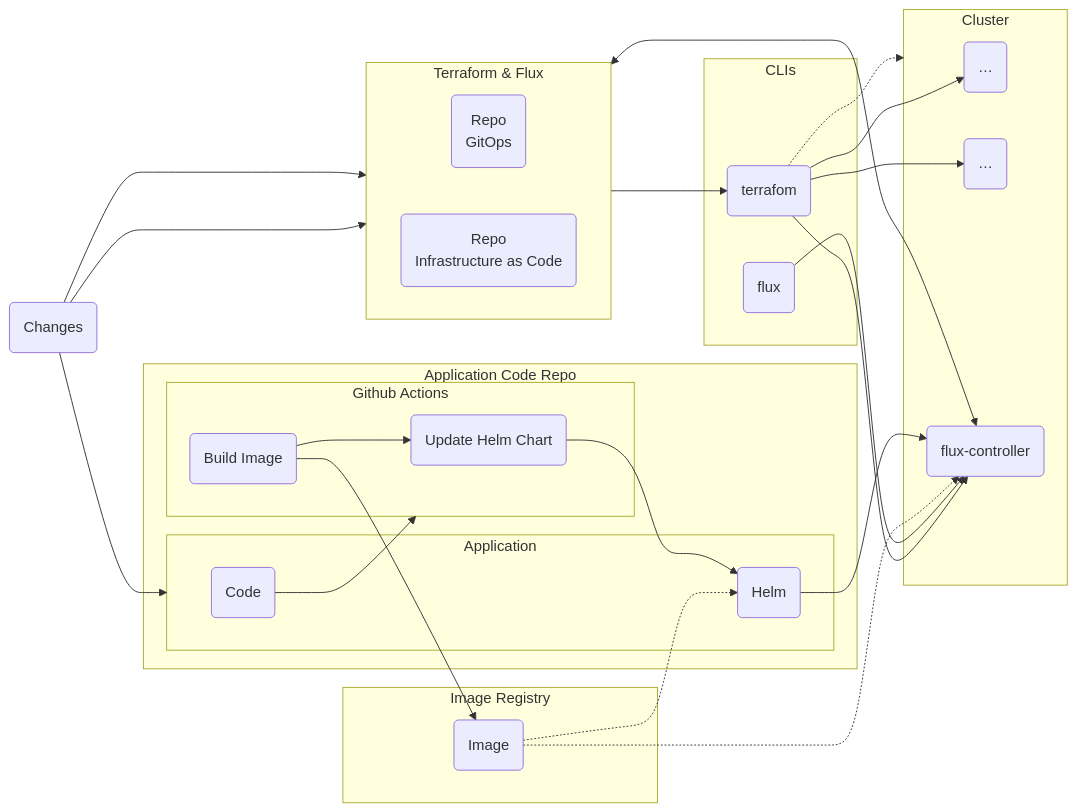
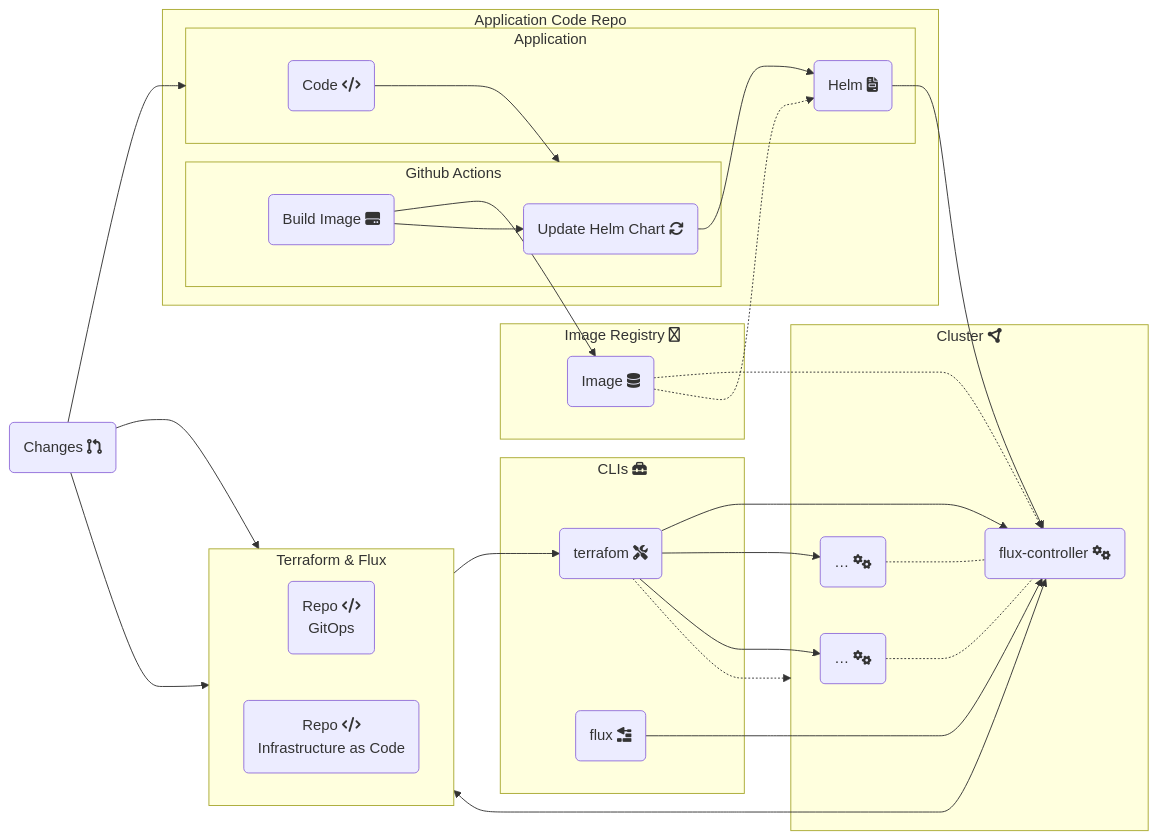
The diagram in README.md (Andygol/tf-flux), drawn with Mermaid before and after one commit.

````diff
--- a/README.md
+++ b/README.md
@@ -110,54 +110,57 @@
 ```mermaid
 
 flowchart LR
 
 subgraph ar["Application Code Repo"]
     subgraph ga["Github Actions"]
-        update_helm("Update Helm Chart")
-        build_img("Build Image")
+        update_helm("Update Helm Chart fas:fa-arrows-rotate")
+        build_img("Build Image fa:fa-hard-drive")
     end
     subgraph app["Application"]
-        code("Code")
-        hc("Helm")
+        code("Code fa:fa-code")
+        hc("Helm fa:fa-file-invoice")
     end
 end
 
-subgraph reg["Image Registry"]
-    img("Image")
+subgraph reg["Image Registry far:fa-server"]
+    img("Image fas:fa-database")
 end
 
-subgraph CLIs
-    tf("terrafom") 
-    flux("flux")
+subgraph cli["CLIs fas:fa-toolbox"]
+    tf("terrafom fas:fa-screwdriver-wrench") 
+    flux("flux fas:fa-trowel-bricks")
     %% gcloud("gcloud")
     %% gsutils("gsutils")
 end
 
 subgraph tffx["Terraform & Flux"]
     direction LR
-    go("Repo
+    go("Repo fa:fa-code
     GitOps")
-    iac("Repo
+    iac("Repo fa:fa-code
     Infrastructure as Code")
 end
 
-subgraph cluster[Cluster]
-    other1("…")
-    other2("…")
-    fx("flux-controller")
+subgraph cluster["Cluster fas:fa-circle-nodes"]
+    other1("… fas:fa-gears")
+    other2("… fas:fa-gears")
+    fx("flux-controller fas:fa-gears")
 end
 
 
-pr("Changes") --> app & iac & go
+pr("Changes fas:fa-code-pull-request") --> app & go & iac
 code --> ga
 iac --> tf --> fx & other1 & other2 
 flux --> fx
-img -.-> hc & fx 
+img -.-> fx & hc 
 update_helm --> hc
-build_img --> update_helm 
-build_img --> img 
+build_img --> img & update_helm 
+%% build_img --> update_helm 
 hc -->fx 
-fx <--> go
+fx <--> go 
+
+other1 & other2 -.- fx
 
 tf -.-> cluster
+
 ```
````
